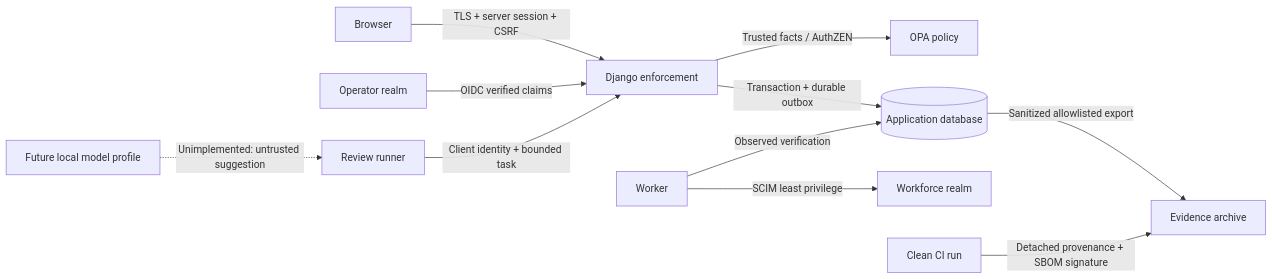
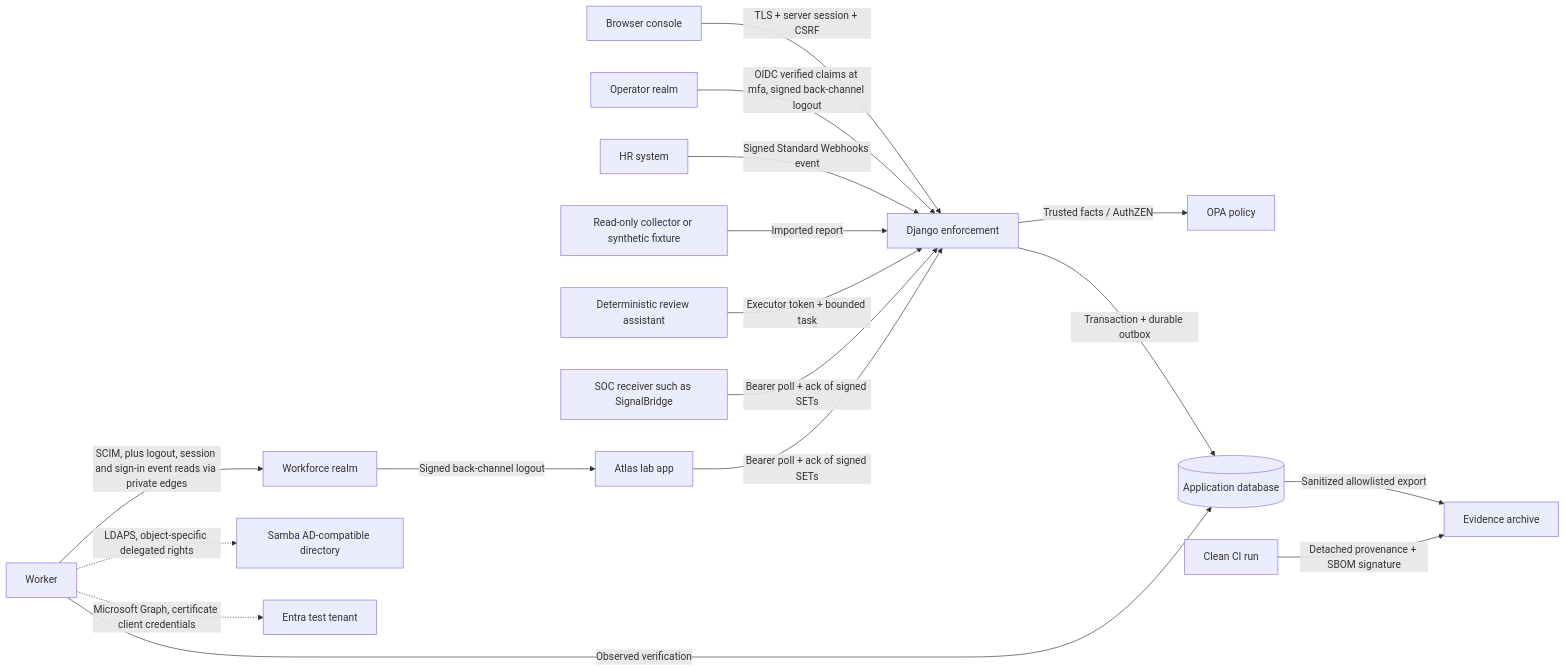
Before and after one commit to aman-agarwal6/AccessOps: the diagram in docs/threat-model.md, drawn with Mermaid. The commit also changed other lines of this file and 3 other files, not shown here.

First line of the commit message:
Describe the deterministic assistant and current system in security docs

````diff
--- a/docs/threat-model.md
+++ b/docs/threat-model.md
@@ -8,13 +11,19 @@
 ```mermaid
 flowchart LR
-  B[Browser] -->|TLS + server session + CSRF| A[Django enforcement]
-  O[Operator realm] -->|OIDC verified claims| A
-  R[Review runner] -->|Client identity + bounded task| A
-  M[Future local model profile] -.->|Unimplemented: untrusted suggestion| R
+  B[Browser console] -->|TLS + server session + CSRF| A[Django enforcement]
+  O[Operator realm] -->|OIDC verified claims at mfa, signed back-channel logout| A
+  H[HR system] -->|Signed Standard Webhooks event| A
+  I[Read-only collector or synthetic fixture] -->|Imported report| A
+  R[Deterministic review assistant] -->|Executor token + bounded task| A
   A -->|Trusted facts / AuthZEN| P[OPA policy]
   A -->|Transaction + durable outbox| D[(Application database)]
-  W[Worker] -->|SCIM least privilege| K[Workforce realm]
-  W -->|Observed verification| D
+  W[Worker] -->|Observed verification| D
+  W -->|SCIM, plus logout, session and sign-in event reads via private edges| K[Workforce realm]
+  K -->|Signed back-channel logout| L[Atlas lab app]
+  S[SOC receiver such as SignalBridge] -->|Bearer poll + ack of signed SETs| A
+  L -->|Bearer poll + ack of signed SETs| A
+  W -.->|LDAPS, object-specific delegated rights| X[Samba AD-compatible directory]
+  W -.->|Microsoft Graph, certificate client credentials| G[Entra test tenant]
   D -->|Sanitized allowlisted export| E[Evidence archive]
   C[Clean CI run] -->|Detached provenance + SBOM signature| E
 ```
````
